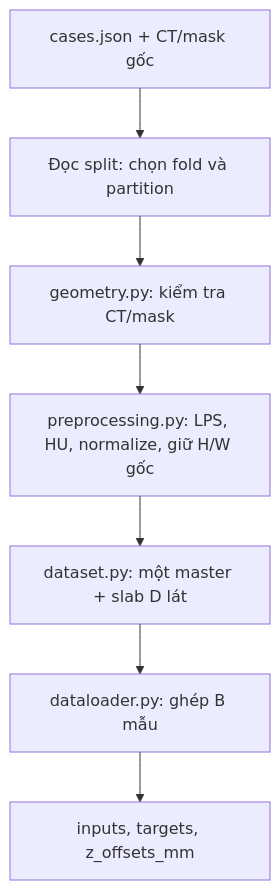
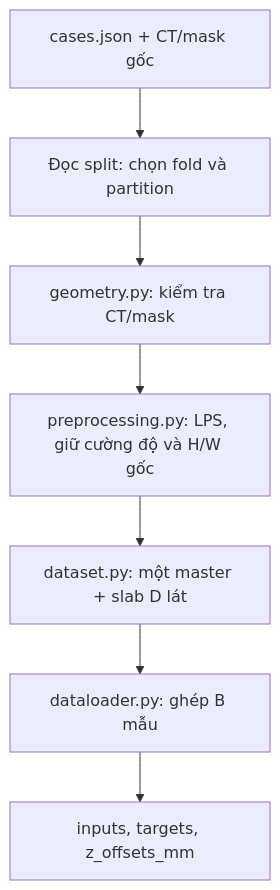
Before and after one commit to torusama/merit-covid-ct: the diagram in README.md, drawn with Mermaid. The commit also changed other lines of this file and 23 other files, not shown here.

````diff
--- a/README.md
+++ b/README.md
@@ -64,9 +64,9 @@
 ```mermaid
 flowchart TD
     A["cases.json + CT/mask gốc"] --> B["Đọc split: chọn fold và partition"]
     B --> C["geometry.py: kiểm tra CT/mask"]
-    C --> D["preprocessing.py: LPS, HU, normalize, giữ H/W gốc"]
+    C --> D["preprocessing.py: LPS, giữ cường độ và H/W gốc"]
     D --> E["dataset.py: một master + slab D lát"]
     E --> F["dataloader.py: ghép B mẫu"]
     F --> G["inputs, targets, z_offsets_mm"]
 ```
````
